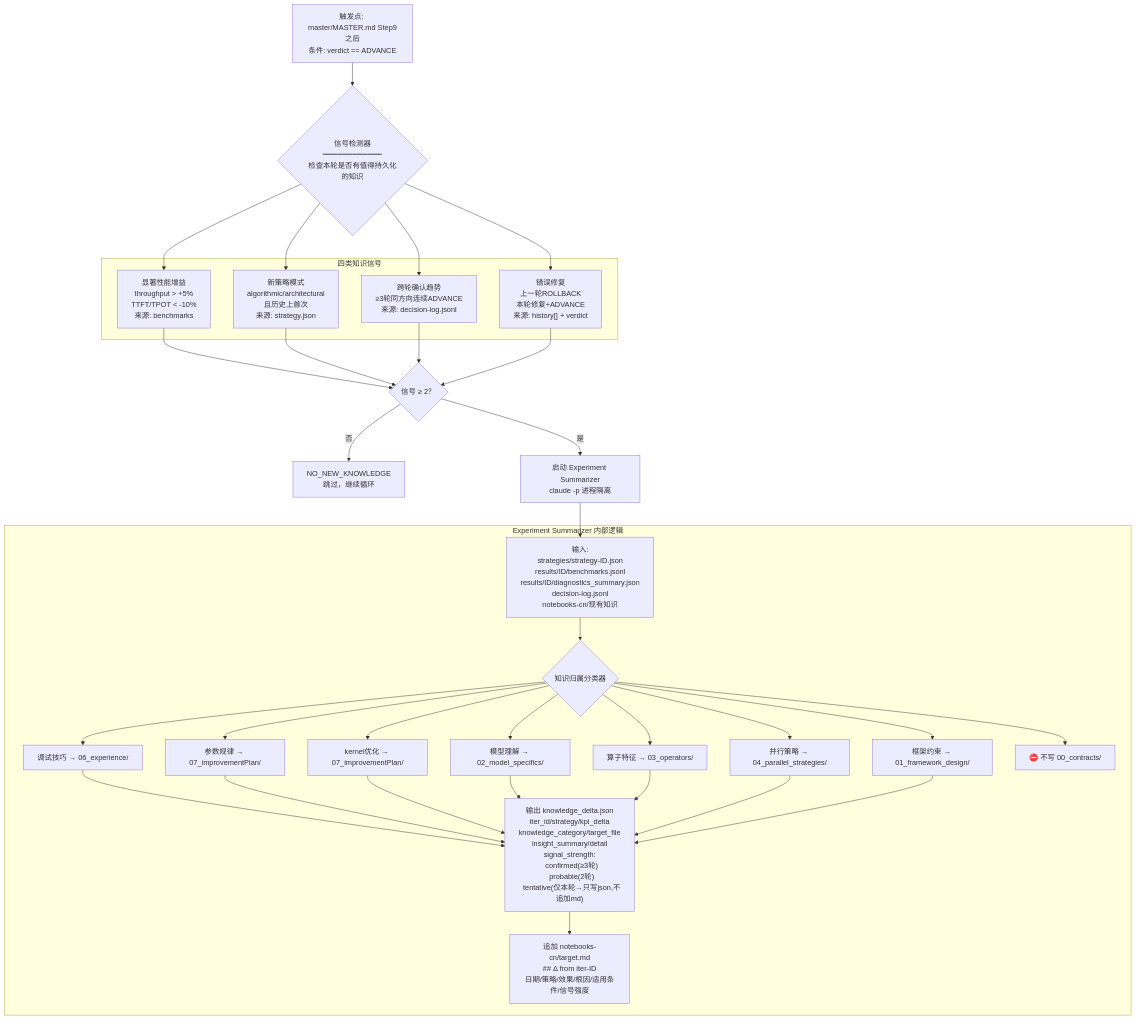
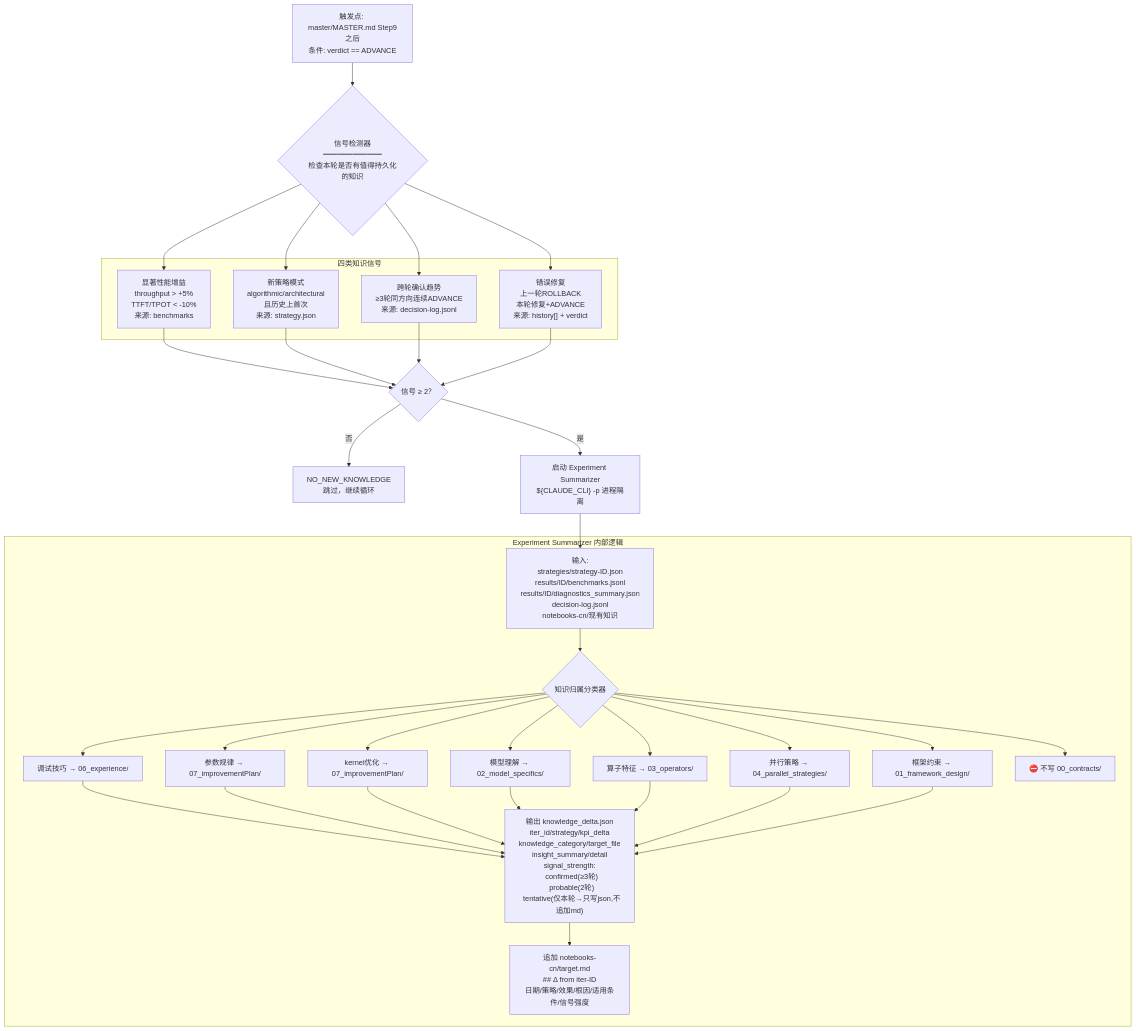
One commit to MetaInfer/MetaInfer changed the fifth of 10 diagrams in PROJECT_FLOW_MERMAID.md. Above: the diagram before and after it, drawn with Mermaid. The commit also changed other lines of this file and 56 other files, not shown here.

````diff
--- a/PROJECT_FLOW_MERMAID.md
+++ b/PROJECT_FLOW_MERMAID.md
@@ -247,64 +247,64 @@
 ```mermaid
 flowchart TD
     TRIGGER["触发点: master/MASTER.md Step9之后<br/>条件: verdict == ADVANCE"]
     
     TRIGGER --> DETECTOR{"信号检测器<br/>━━━━━━━━<br/>检查本轮是否有值得持久化的知识"}
     
     subgraph SIGNALS["四类知识信号"]
         S1["显著性能增益<br/>throughput > +5%<br/>TTFT/TPOT < -10%<br/>来源: benchmarks"]
         S2["新策略模式<br/>algorithmic/architectural<br/>且历史上首次<br/>来源: strategy.json"]
         S3["跨轮确认趋势<br/>≥3轮同方向连续ADVANCE<br/>来源: decision-log.jsonl"]
         S4["错误修复<br/>上一轮ROLLBACK<br/>本轮修复+ADVANCE<br/>来源: history[] + verdict"]
     end
     
     DETECTOR --> S1
     DETECTOR --> S2
     DETECTOR --> S3
     DETECTOR --> S4
     
     S1 --> COUNT{"信号 ≥ 2？"}
     S2 --> COUNT
     S3 --> COUNT
     S4 --> COUNT
     
     COUNT -->|"否"| SKIP["NO_NEW_KNOWLEDGE<br/>跳过，继续循环"]
     
-    COUNT -->|"是"| SUMMARIZER["启动 Experiment Summarizer<br/>claude -p 进程隔离"]
+    COUNT -->|"是"| SUMMARIZER["启动 Experiment Summarizer<br/>${CLAUDE_CLI} -p 进程隔离"]
     
     subgraph SUMMARIZER_INTERNAL["Experiment Summarizer 内部逻辑"]
         INPUT["输入:<br/>strategies/strategy-ID.json<br/>results/ID/benchmarks.jsonl<br/>results/ID/diagnostics_summary.json<br/>decision-log.jsonl<br/>notebooks-cn/现有知识"]
         
         CLASSIFIER{"知识归属分类器"}
         CAT1["调试技巧 → 06_experience/"]
         CAT2["参数规律 → 07_improvementPlan/"]
         CAT3["kernel优化 → 07_improvementPlan/"]
         CAT4["模型理解 → 02_model_specifics/"]
         CAT5["算子特征 → 03_operators/"]
         CAT6["并行策略 → 04_parallel_strategies/"]
         CAT7["框架约束 → 01_framework_design/"]
         CAT_BLOCK["⛔ 不写 00_contracts/"]
         
         OUTPUT_DELTA["输出 knowledge_delta.json<br/>iter_id/strategy/kpi_delta<br/>knowledge_category/target_file<br/>insight_summary/detail<br/>signal_strength:<br/>  confirmed(≥3轮)<br/>  probable(2轮)<br/>  tentative(仅本轮→只写json,不追加md)"]
         
         OUTPUT_MD["追加 notebooks-cn/target.md<br/>## Δ from iter-ID<br/>日期/策略/效果/根因/适用条件/信号强度"]
     end
     
     SUMMARIZER --> INPUT
     INPUT --> CLASSIFIER
     CLASSIFIER --> CAT1
     CLASSIFIER --> CAT2
     CLASSIFIER --> CAT3
     CLASSIFIER --> CAT4
     CLASSIFIER --> CAT5
     CLASSIFIER --> CAT6
     CLASSIFIER --> CAT7
     CLASSIFIER --> CAT_BLOCK
     CAT1 --> OUTPUT_DELTA
     CAT2 --> OUTPUT_DELTA
     CAT3 --> OUTPUT_DELTA
     CAT4 --> OUTPUT_DELTA
     CAT5 --> OUTPUT_DELTA
     CAT6 --> OUTPUT_DELTA
     CAT7 --> OUTPUT_DELTA
     OUTPUT_DELTA --> OUTPUT_MD
 ```
````
